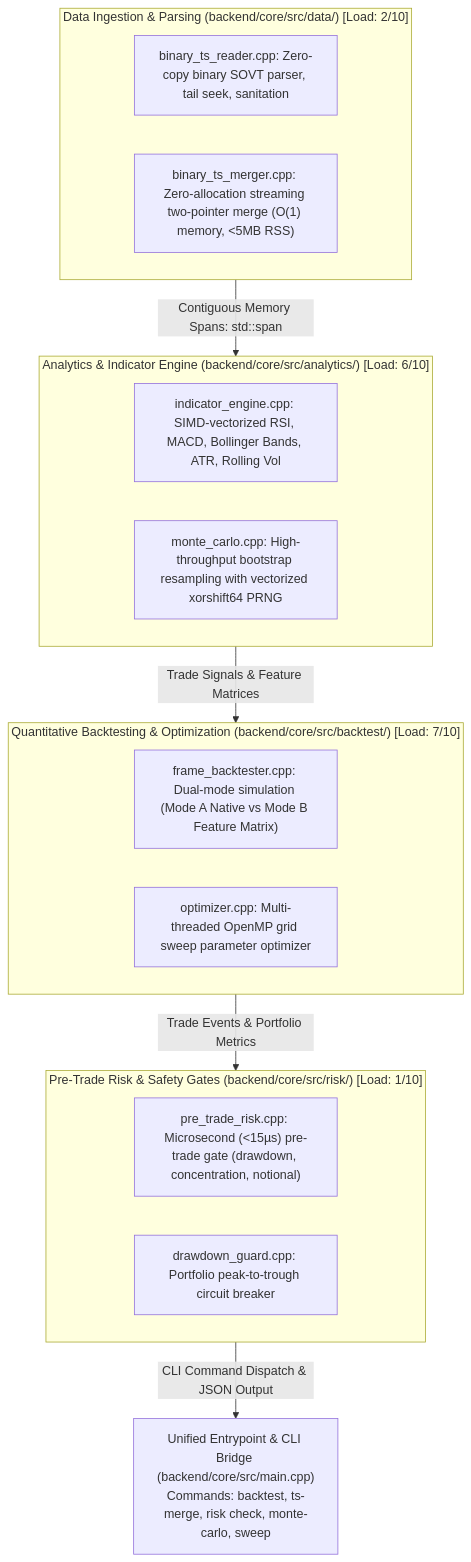
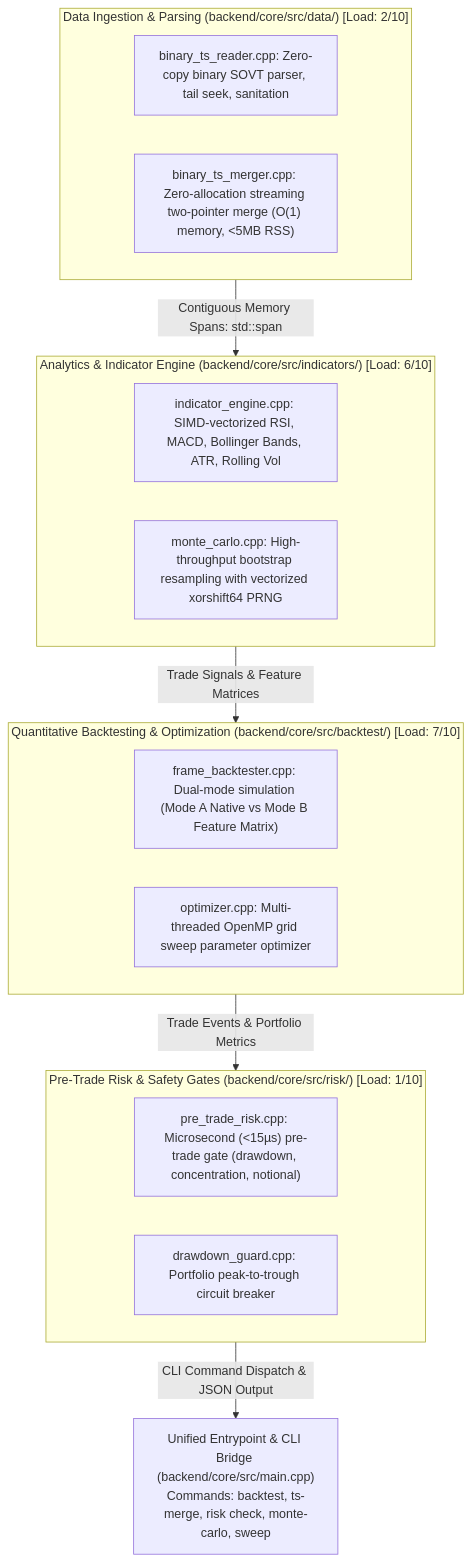
Before and after one commit to vgbn2/personal_finance_draft: the first of 5 diagrams in docs/engineering/architecture/03_NATIVE_CORE_AND_BACKTESTER.md, drawn with Mermaid. The commit also changed other lines of this file and 36 other files, not shown here.

First line of the commit message:
fix(docs): remediate rendering crashes, root escapes, and architectural path drift (#4)

````diff
--- a/docs/engineering/architecture/03_NATIVE_CORE_AND_BACKTESTER.md
+++ b/docs/engineering/architecture/03_NATIVE_CORE_AND_BACKTESTER.md
@@ -11,29 +11,29 @@
 ```mermaid
 flowchart TD
     subgraph Ingestion["Data Ingestion & Parsing (backend/core/src/data/) [Load: 2/10]"]
         RDR["binary_ts_reader.cpp: Zero-copy binary SOVT parser, tail seek, sanitation"]
         MRG["binary_ts_merger.cpp: Zero-allocation streaming two-pointer merge (O(1) memory, <5MB RSS)"]
     end
 
-    subgraph Analytics["Analytics & Indicator Engine (backend/core/src/analytics/) [Load: 6/10]"]
+    subgraph Analytics["Analytics & Indicator Engine (backend/core/src/indicators/) [Load: 6/10]"]
         IND["indicator_engine.cpp: SIMD-vectorized RSI, MACD, Bollinger Bands, ATR, Rolling Vol"]
         MC["monte_carlo.cpp: High-throughput bootstrap resampling with vectorized xorshift64 PRNG"]
     end
 
     subgraph Backtest["Quantitative Backtesting & Optimization (backend/core/src/backtest/) [Load: 7/10]"]
         FBT["frame_backtester.cpp: Dual-mode simulation (Mode A Native vs Mode B Feature Matrix)"]
         OPT["optimizer.cpp: Multi-threaded OpenMP grid sweep parameter optimizer"]
     end
 
     subgraph Risk["Pre-Trade Risk & Safety Gates (backend/core/src/risk/) [Load: 1/10]"]
         PTR["pre_trade_risk.cpp: Microsecond (<15µs) pre-trade gate (drawdown, concentration, notional)"]
         DD["drawdown_guard.cpp: Portfolio peak-to-trough circuit breaker"]
     end
 
     CLI["Unified Entrypoint & CLI Bridge (backend/core/src/main.cpp)<br/>Commands: backtest, ts-merge, risk check, monte-carlo, sweep"]
 
     Ingestion -->|Contiguous Memory Spans: std::span<const Bar>| Analytics
     Analytics -->|Trade Signals & Feature Matrices| Backtest
     Backtest -->|Trade Events & Portfolio Metrics| Risk
     Risk -->|CLI Command Dispatch & JSON Output| CLI
 ```
````
